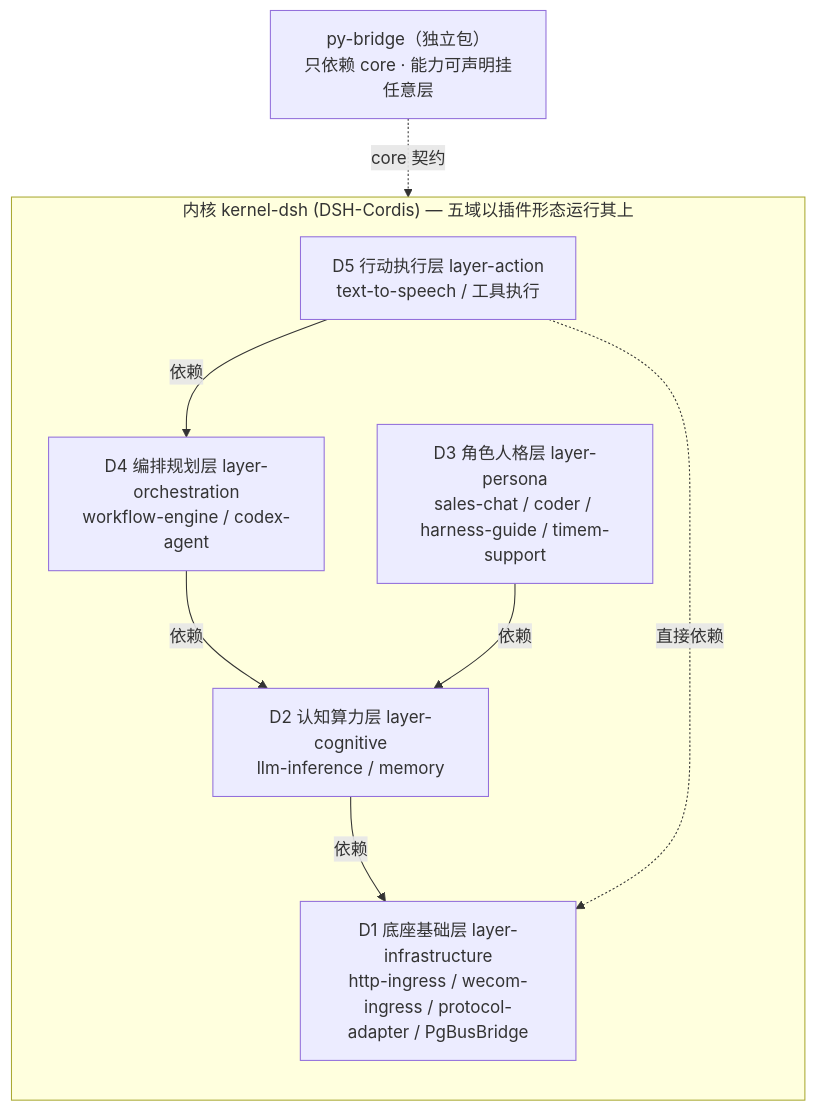
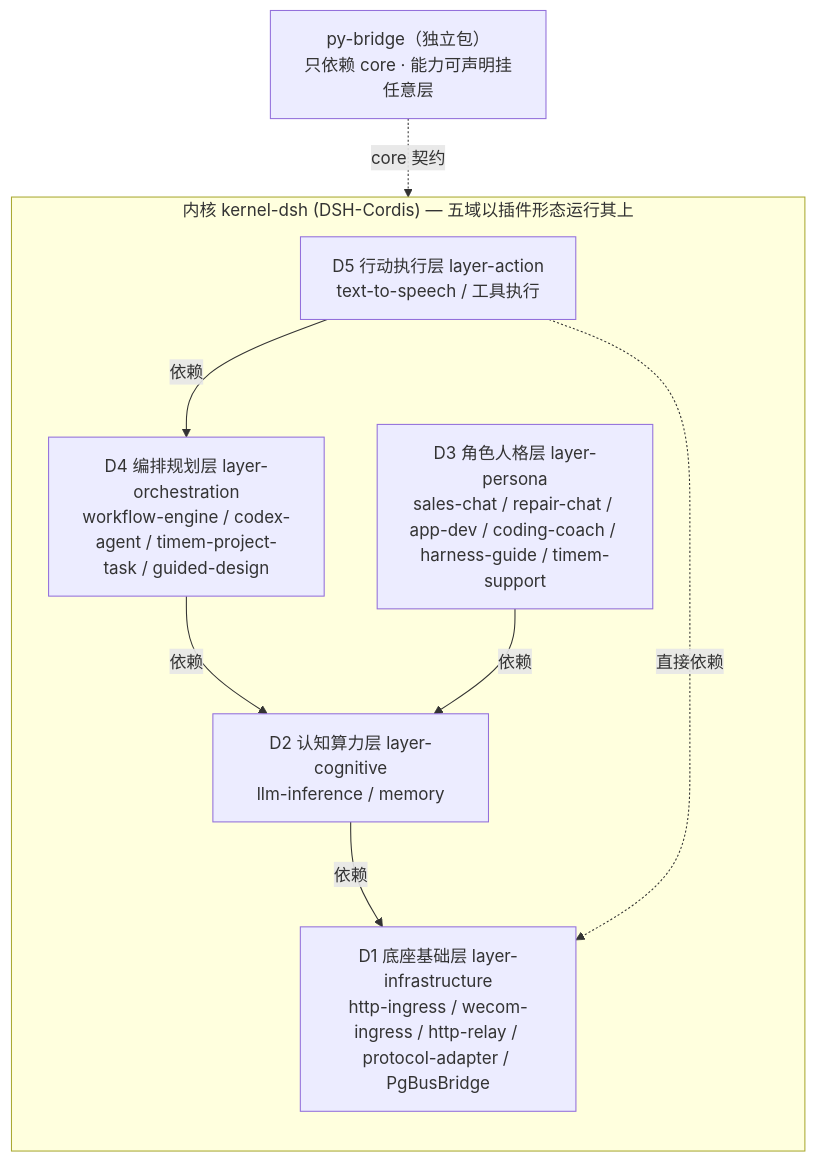
One commit to AIGility-Cloud-Innovation/aigility-harness changed the second of 2 diagrams in README.md. Above: the diagram before and after it, drawn with Mermaid. The commit also changed other lines of this file, not shown here.

First line of the commit message:
docs(readme): 同步角色改名/新插件与 AppBase 产品装配

````diff
--- a/README.md
+++ b/README.md
@@ -103,18 +104,18 @@
 ```mermaid
 flowchart TB
     subgraph KERNEL["内核 kernel-dsh (DSH-Cordis) — 五域以插件形态运行其上"]
         direction TB
         D5["D5 行动执行层 layer-action<br/>text-to-speech / 工具执行"]
-        D4["D4 编排规划层 layer-orchestration<br/>workflow-engine / codex-agent"]
-        D3["D3 角色人格层 layer-persona<br/>sales-chat / coder / harness-guide / timem-support"]
+        D4["D4 编排规划层 layer-orchestration<br/>workflow-engine / codex-agent / timem-project-task / guided-design"]
+        D3["D3 角色人格层 layer-persona<br/>sales-chat / repair-chat / app-dev / coding-coach / harness-guide / timem-support"]
         D2["D2 认知算力层 layer-cognitive<br/>llm-inference / memory"]
-        D1["D1 底座基础层 layer-infrastructure<br/>http-ingress / wecom-ingress / protocol-adapter / PgBusBridge"]
+        D1["D1 底座基础层 layer-infrastructure<br/>http-ingress / wecom-ingress / http-relay / protocol-adapter / PgBusBridge"]
         D5 -->|依赖| D4
         D4 -->|依赖| D2
         D3 -->|依赖| D2
         D2 -->|依赖| D1
         D5 -.->|直接依赖| D1
     end
     PYB["py-bridge（独立包）<br/>只依赖 core · 能力可声明挂任意层"]
     PYB -.->|core 契约| KERNEL
 ```
````
